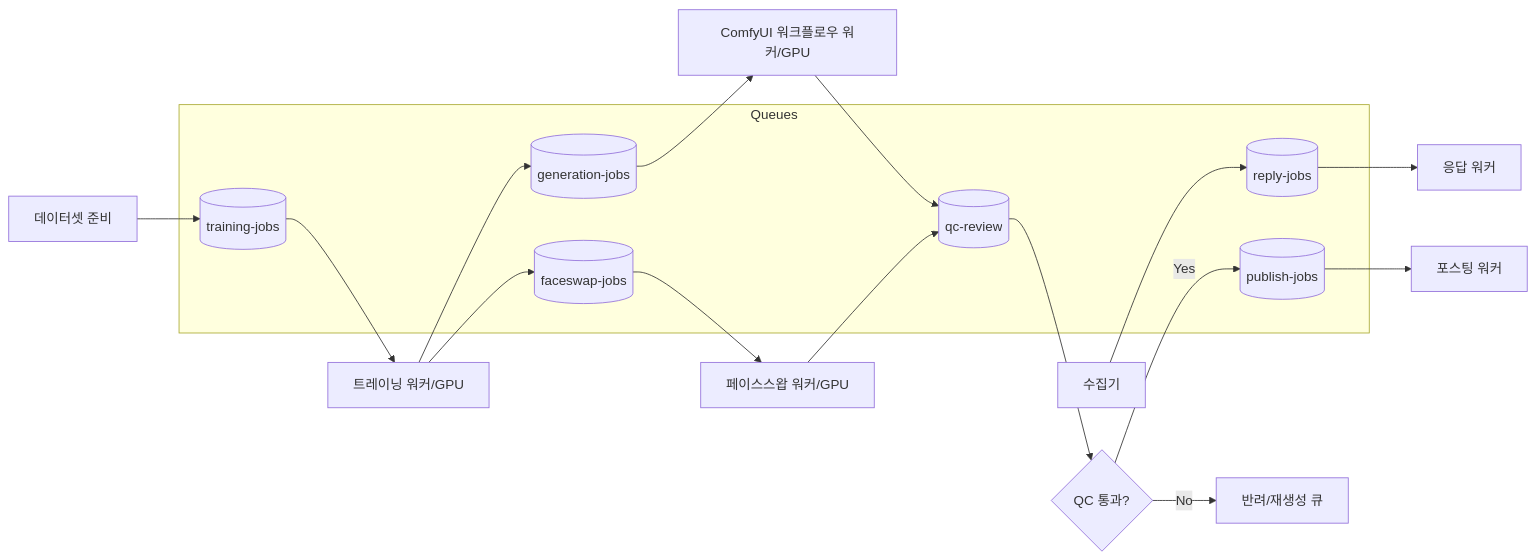
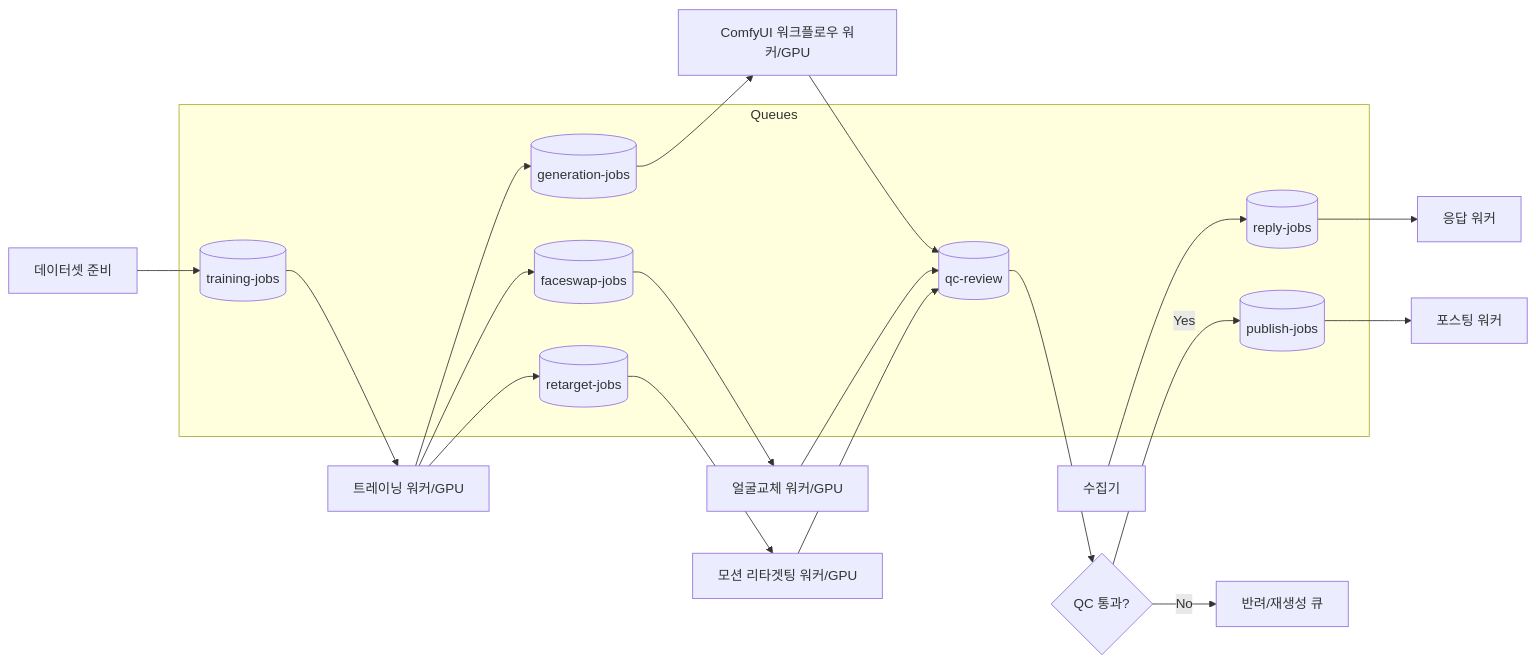
Before and after one commit to Benji5526/ai-persona-sns-automation: the second of 2 diagrams in docs/ARCHITECTURE.md, drawn with Mermaid. The commit also changed other lines of this file and 1 other file, not shown here.

First line of the commit message:
Propagate 3-engine content split into ARCHITECTURE.md and blueprint

````diff
--- a/docs/ARCHITECTURE.md
+++ b/docs/ARCHITECTURE.md
@@ -76,20 +79,23 @@
 ```mermaid
 flowchart LR
     subgraph Queues
         Q1[(reply-jobs)]
         Q2[(training-jobs)]
         Q3[(generation-jobs)]
         Q4[(faceswap-jobs)]
+        Q4b[(retarget-jobs)]
         Q5[(qc-review)]
         Q6[(publish-jobs)]
     end
     A1[수집기] --> Q1 --> A4[응답 워커]
     B1[데이터셋 준비] --> Q2 --> B2[트레이닝 워커/GPU]
     B2 --> Q3 --> B3[ComfyUI 워크플로우 워커/GPU]
-    B2 --> Q4 --> B4[페이스스왑 워커/GPU]
+    B2 --> Q4 --> B4[얼굴교체 워커/GPU]
+    B2 --> Q4b --> B4b[모션 리타겟팅 워커/GPU]
     B3 --> Q5
     B4 --> Q5
+    B4b --> Q5
     Q5 --> B5{QC 통과?}
     B5 -->|Yes| Q6 --> B6[포스팅 워커]
     B5 -->|No| R[반려/재생성 큐]
 ```
````
